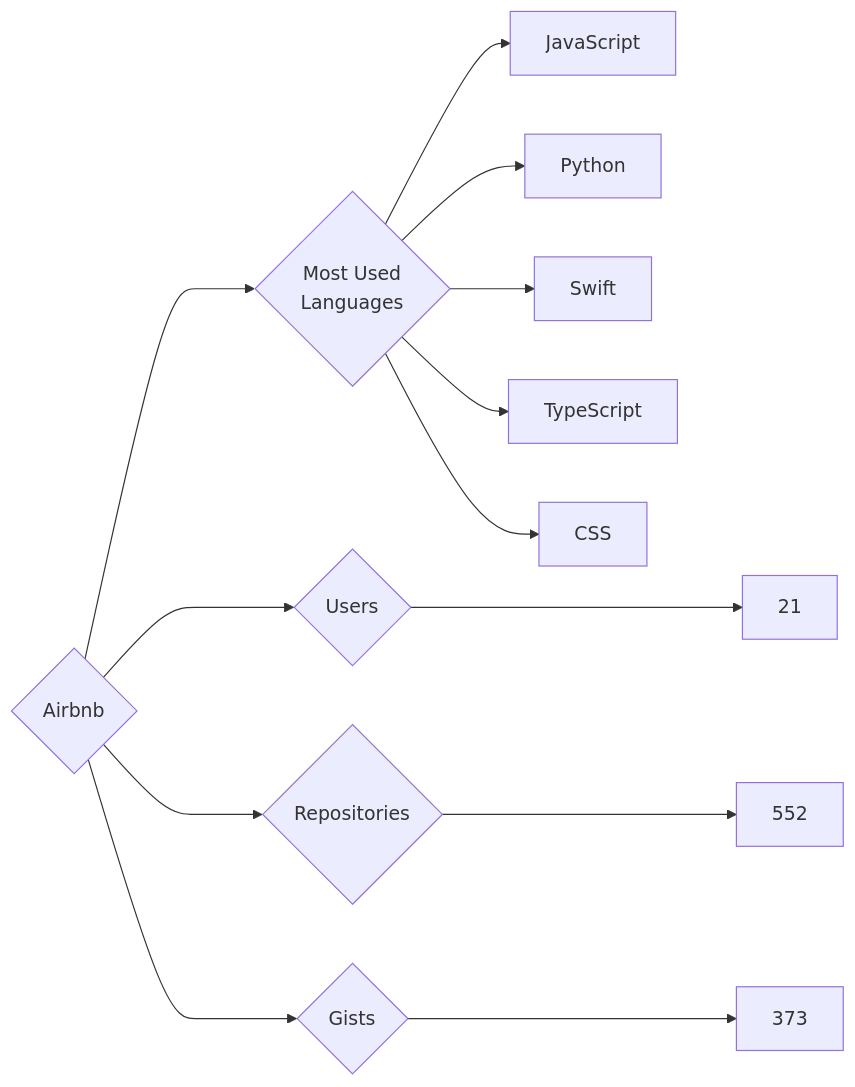
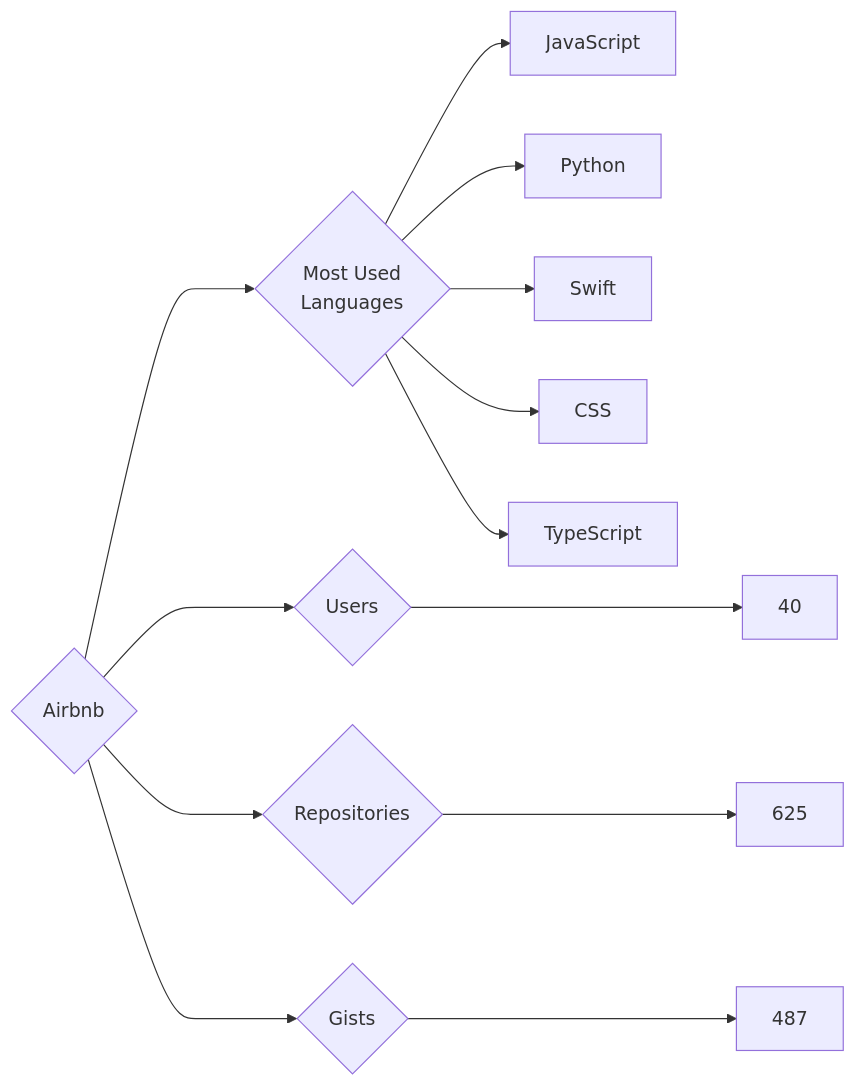
Before and after one commit to trickest/insiders: the diagram in targets/Airbnb/README.md, drawn with Mermaid. The commit also changed 932 other files, not shown here.

````diff
--- a/targets/Airbnb/README.md
+++ b/targets/Airbnb/README.md
@@ -3,13 +3,13 @@
 ```mermaid
 graph LR
 COMPANY_NAME{Airbnb}
-COMPANY_NAME ---> U{Users} ---> UN[21]
-COMPANY_NAME ---> R{Repositories} ---> RN[552]
-COMPANY_NAME ---> G{Gists} ---> GN[373]
+COMPANY_NAME ---> U{Users} ---> UN[40]
+COMPANY_NAME ---> R{Repositories} ---> RN[625]
+COMPANY_NAME ---> G{Gists} ---> GN[487]
 COMPANY_NAME ---> ML{Most Used<br>Languages}
 ML --> JavaScript[JavaScript]
 ML --> Python[Python]
 ML --> Swift[Swift]
+ML --> CSS[CSS]
 ML --> TypeScript[TypeScript]
-ML --> CSS[CSS]
 ```
````
